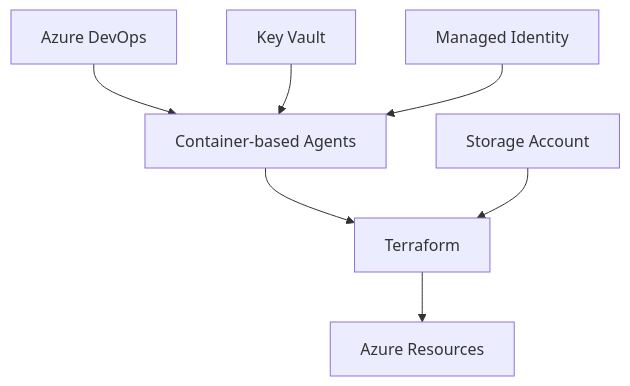
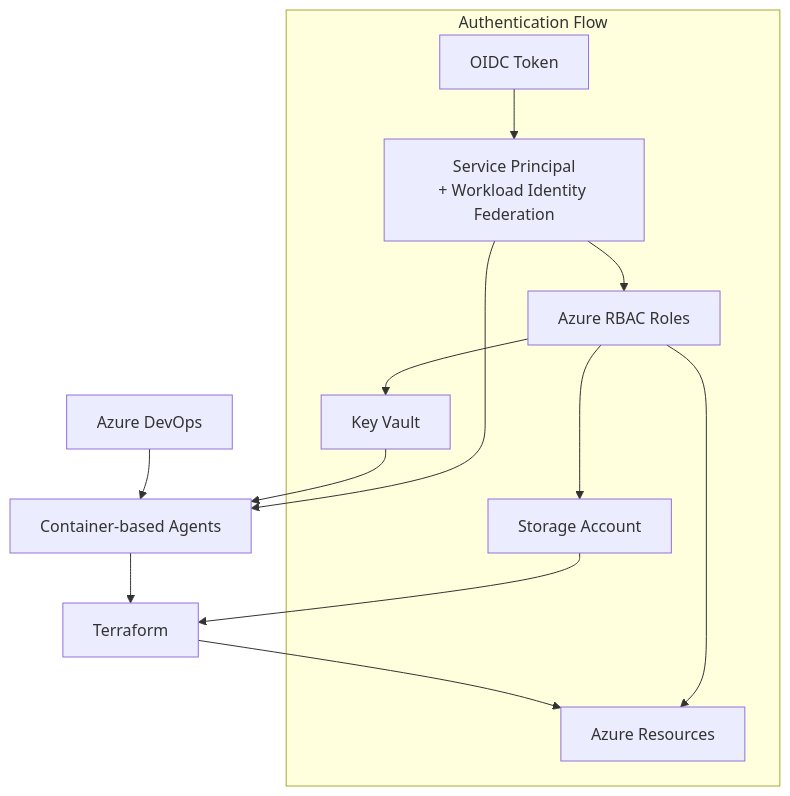
One commit to abengtss-max/AKS_Baseline_Deepdive_Workshop changed the diagram in 09-automation.md. Above: the diagram before and after it, drawn with Mermaid. The commit also changed other lines of this file, not shown here.

Commit message:
diagram update

````diff
--- a/09-automation.md
+++ b/09-automation.md
@@ -9,9 +9,17 @@
 ```mermaid
 graph TB
     A[Azure DevOps] --> B[Container-based Agents]
     B --> C[Terraform]
     C --> D[Azure Resources]
     E[Key Vault] --> B
-    F[Managed Identity] --> B
+    F[Service Principal<br/>+ Workload Identity Federation] --> B
     G[Storage Account] --> C
+    
+    subgraph "Authentication Flow"
+        H[OIDC Token] --> F
+        F --> I[Azure RBAC Roles]
+        I --> D
+        I --> E
+        I --> G
+    end
 ```
````
